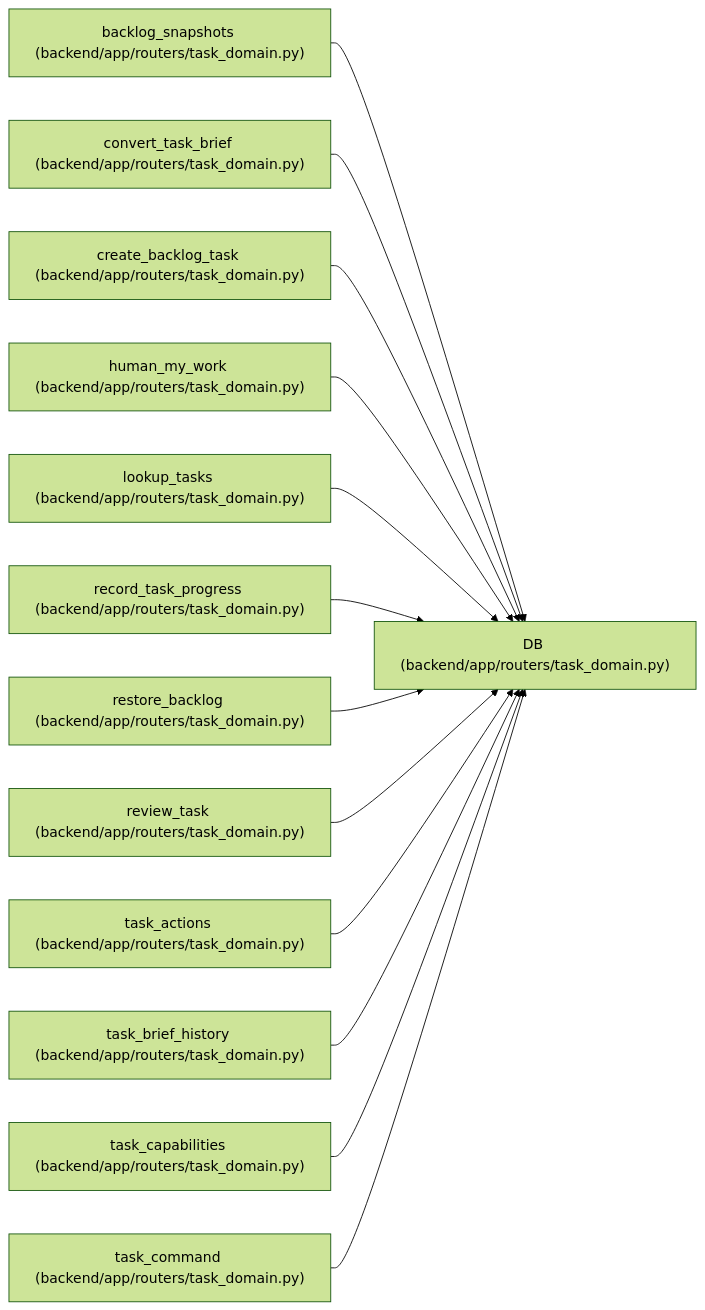
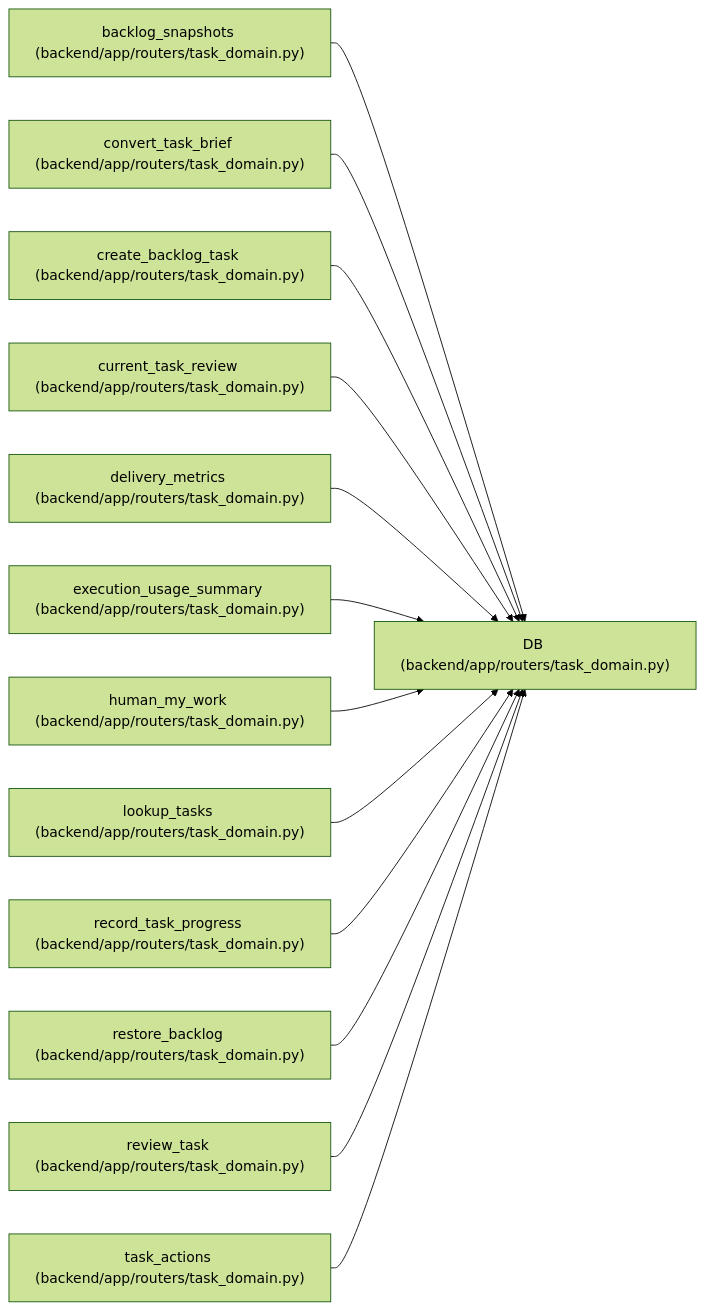
The diagram in docs/llm_wiki/entities/DB.md (Denissvgn/WorkChord), drawn with Mermaid (forest theme) before and after one commit. The commit also changed other lines of this file and 6624 other files, not shown here.

````diff
--- a/docs/llm_wiki/entities/DB.md
+++ b/docs/llm_wiki/entities/DB.md
@@ -24,41 +24,41 @@
 ```mermaid
 flowchart LR
     n0["DB (backend/app/routers/task_domain.py)"]
     n1["backlog_snapshots (backend/app/routers/task_domain.py)"]
     n2["convert_task_brief (backend/app/routers/task_domain.py)"]
     n3["create_backlog_task (backend/app/routers/task_domain.py)"]
-    n4["human_my_work (backend/app/routers/task_domain.py)"]
-    n5["lookup_tasks (backend/app/routers/task_domain.py)"]
-    n6["record_task_progress (backend/app/routers/task_domain.py)"]
-    n7["restore_backlog (backend/app/routers/task_domain.py)"]
-    n8["review_task (backend/app/routers/task_domain.py)"]
-    n9["task_actions (backend/app/routers/task_domain.py)"]
-    n10["task_brief_history (backend/app/routers/task_domain.py)"]
-    n11["task_capabilities (backend/app/routers/task_domain.py)"]
-    n12["task_command (backend/app/routers/task_domain.py)"]
+    n4["current_task_review (backend/app/routers/task_domain.py)"]
+    n5["delivery_metrics (backend/app/routers/task_domain.py)"]
+    n6["execution_usage_summary (backend/app/routers/task_domain.py)"]
+    n7["human_my_work (backend/app/routers/task_domain.py)"]
+    n8["lookup_tasks (backend/app/routers/task_domain.py)"]
+    n9["record_task_progress (backend/app/routers/task_domain.py)"]
+    n10["restore_backlog (backend/app/routers/task_domain.py)"]
+    n11["review_task (backend/app/routers/task_domain.py)"]
+    n12["task_actions (backend/app/routers/task_domain.py)"]
     n1 --> n0
     n2 --> n0
     n3 --> n0
     n4 --> n0
     n5 --> n0
     n6 --> n0
     n7 --> n0
     n8 --> n0
     n9 --> n0
     n10 --> n0
     n11 --> n0
     n12 --> n0
     click n0 "../modules/routers_task_domain.md"
     click n1 "../modules/routers_task_domain.md"
     click n2 "../modules/routers_task_domain.md"
     click n3 "../modules/routers_task_domain.md"
     click n4 "../modules/routers_task_domain.md"
     click n5 "../modules/routers_task_domain.md"
     click n6 "../modules/routers_task_domain.md"
     click n7 "../modules/routers_task_domain.md"
     click n8 "../modules/routers_task_domain.md"
     click n9 "../modules/routers_task_domain.md"
     click n10 "../modules/routers_task_domain.md"
     click n11 "../modules/routers_task_domain.md"
     click n12 "../modules/routers_task_domain.md"
 ```
````
